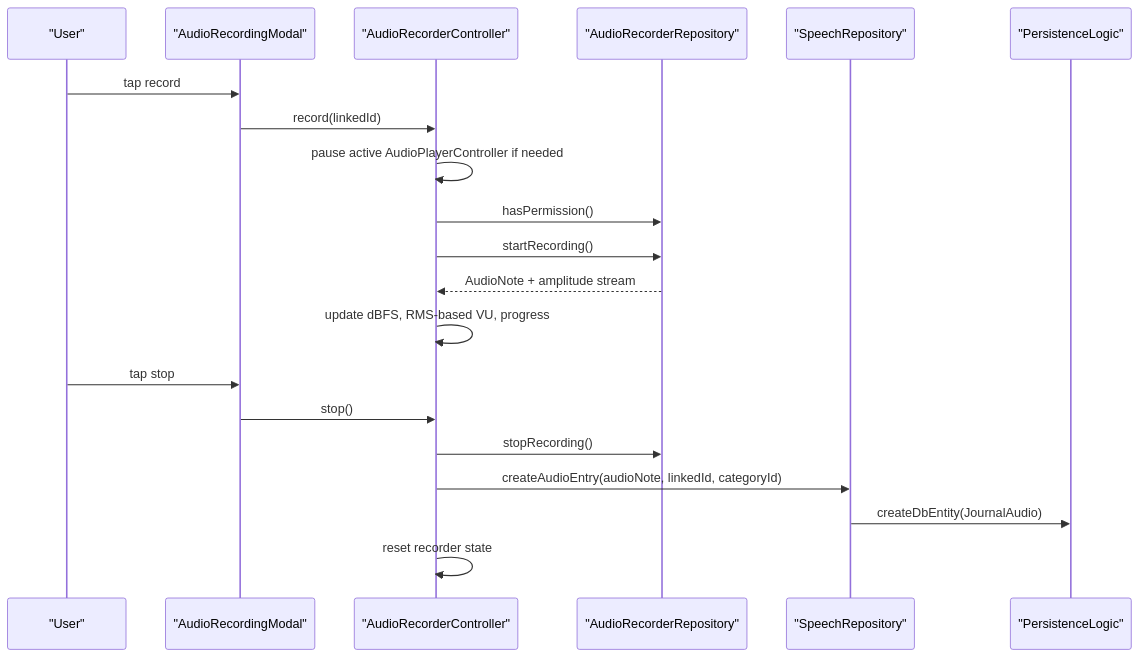
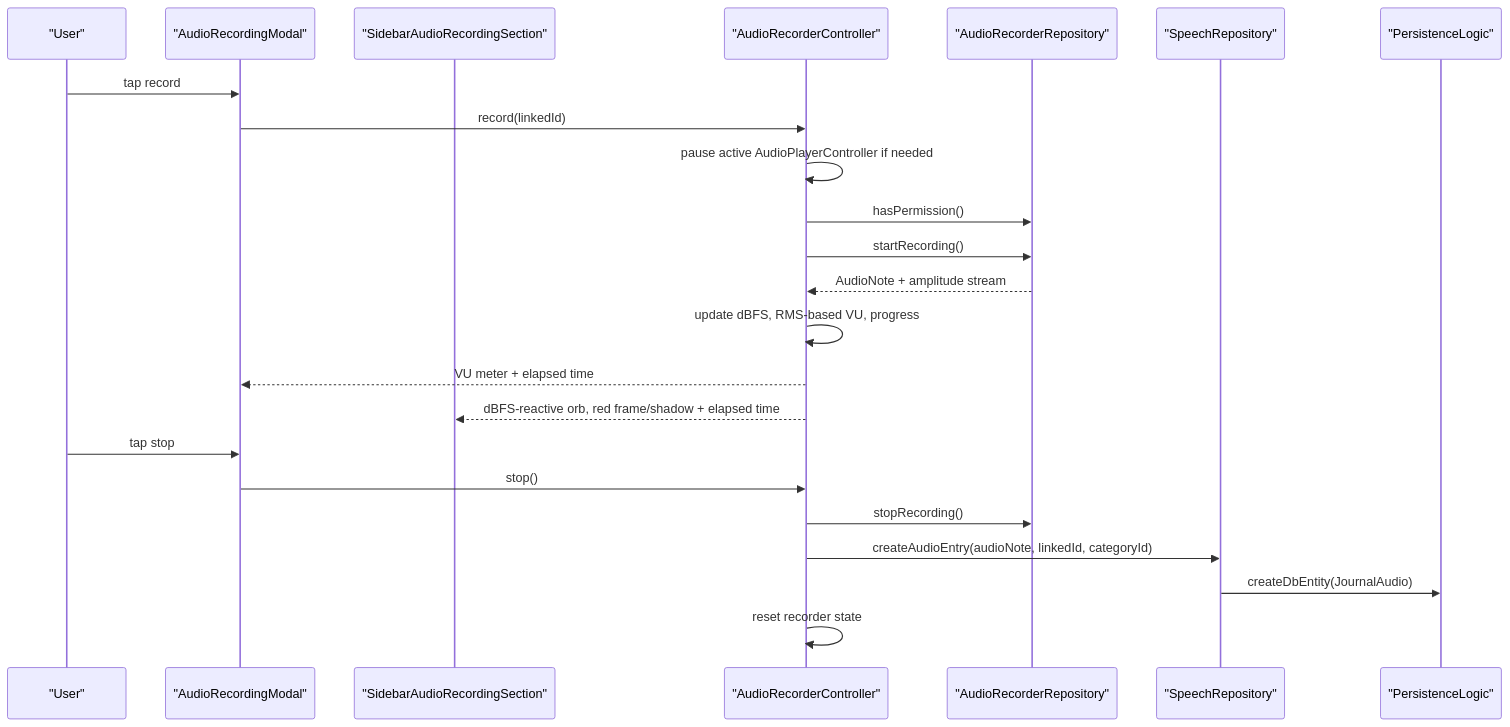
One commit to matthiasn/lotti changed the third of 5 diagrams in lib/features/speech/README.md. Above: the diagram before and after it, drawn with Mermaid. The commit also changed other lines of this file and 14 other files, not shown here.

Commit message:
feat: audio recording indicator in sidebar

````diff
--- a/lib/features/speech/README.md
+++ b/lib/features/speech/README.md
@@ -129,23 +132,26 @@
 ```mermaid
 sequenceDiagram
   participant User as "User"
   participant Modal as "AudioRecordingModal"
+  participant Sidebar as "SidebarAudioRecordingSection"
   participant Ctl as "AudioRecorderController"
   participant Repo as "AudioRecorderRepository"
   participant Speech as "SpeechRepository"
   participant Persist as "PersistenceLogic"
 
   User->>Modal: tap record
   Modal->>Ctl: record(linkedId)
   Ctl->>Ctl: pause active AudioPlayerController if needed
   Ctl->>Repo: hasPermission()
   Ctl->>Repo: startRecording()
   Repo-->>Ctl: AudioNote + amplitude stream
   Ctl->>Ctl: update dBFS, RMS-based VU, progress
+  Ctl-->>Modal: VU meter + elapsed time
+  Ctl-->>Sidebar: dBFS-reactive orb, red frame/shadow + elapsed time
   User->>Modal: tap stop
   Modal->>Ctl: stop()
   Ctl->>Repo: stopRecording()
   Ctl->>Speech: createAudioEntry(audioNote, linkedId, categoryId)
   Speech->>Persist: createDbEntity(JournalAudio)
   Ctl->>Ctl: reset recorder state
 ```
````
